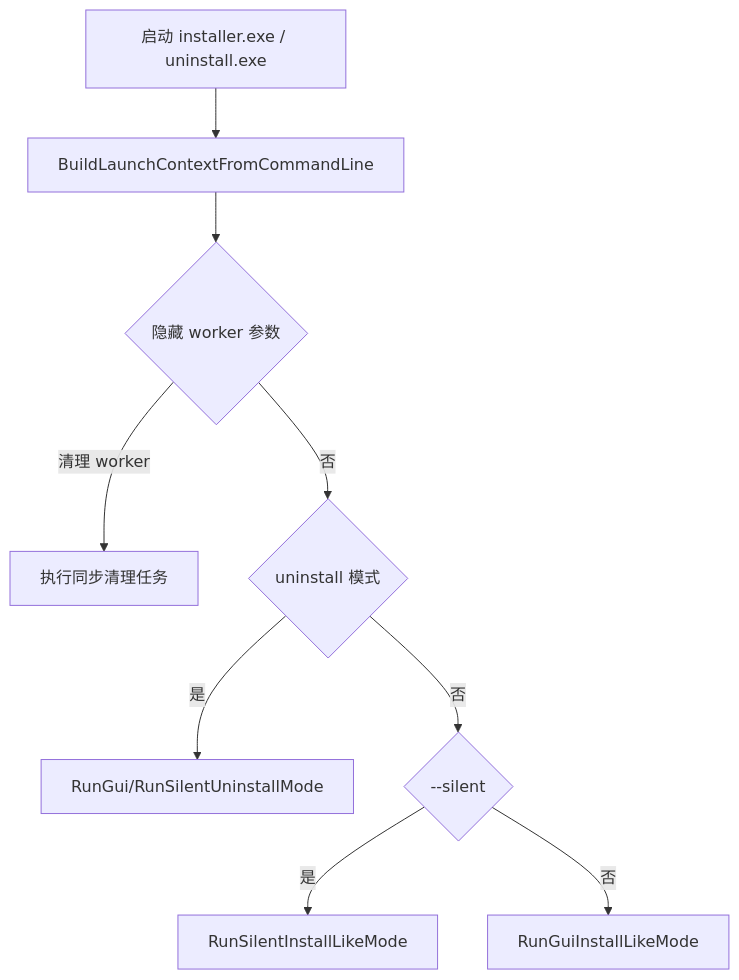
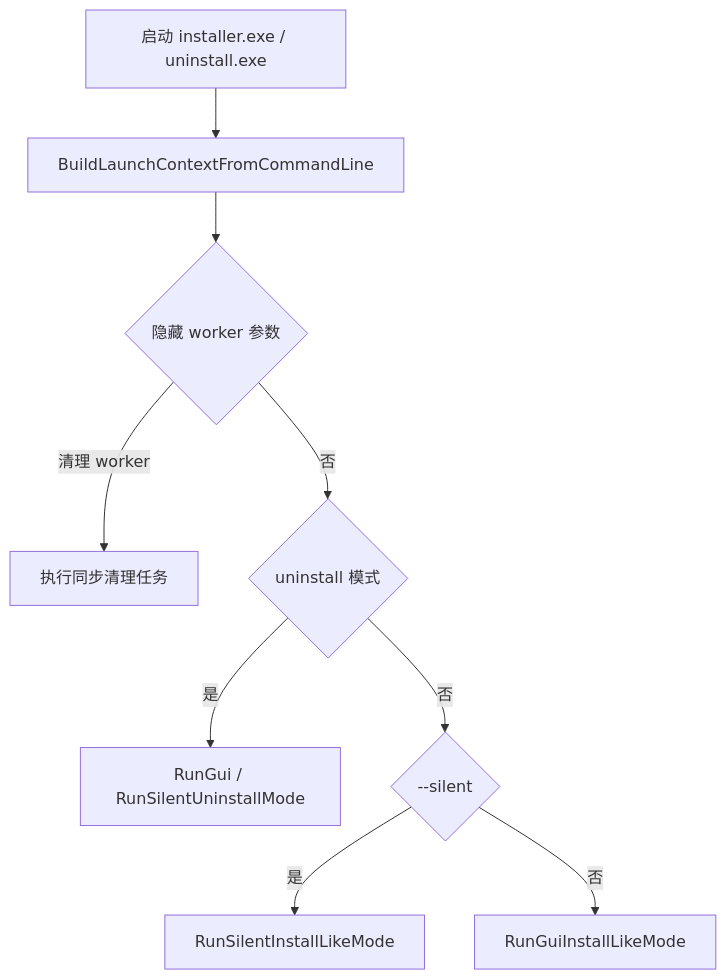
One commit to lu020218/Multi-Threaded_Installer changed the first of 8 diagrams in docs/安装器流程图.md. Above: the diagram before and after it, drawn with Mermaid. The commit also changed other lines of this file and 78 other files, not shown here.

````diff
--- a/docs/安装器流程图.md
+++ b/docs/安装器流程图.md
@@ -7,11 +9,11 @@
 ```mermaid
 flowchart TD
     A["启动 installer.exe / uninstall.exe"] --> B["BuildLaunchContextFromCommandLine"]
     B --> C{"隐藏 worker 参数"}
     C -->|清理 worker| C1["执行同步清理任务"]
     C -->|否| D{"uninstall 模式"}
-    D -->|是| E["RunGui/RunSilentUninstallMode"]
+    D -->|是| E["RunGui / RunSilentUninstallMode"]
     D -->|否| F{"--silent"}
     F -->|是| F1["RunSilentInstallLikeMode"]
     F -->|否| F2["RunGuiInstallLikeMode"]
 ```
````
